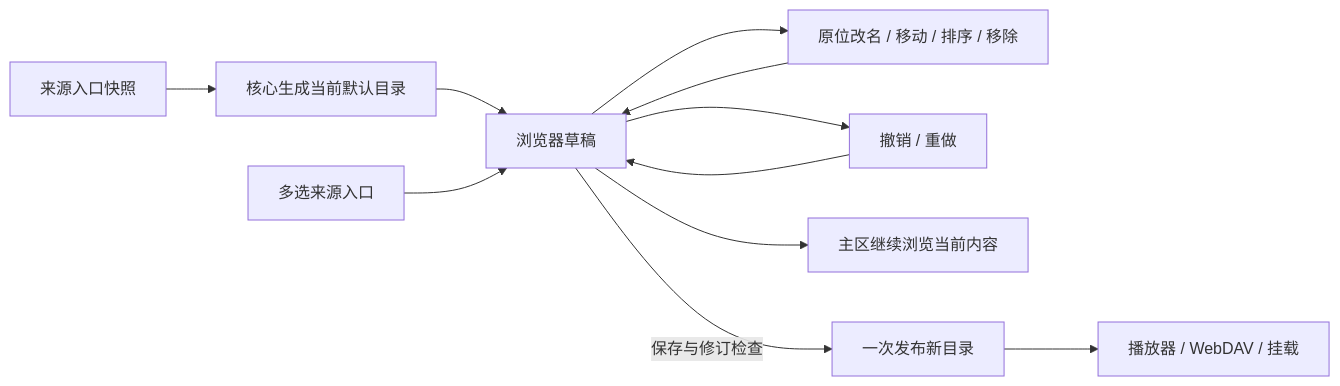
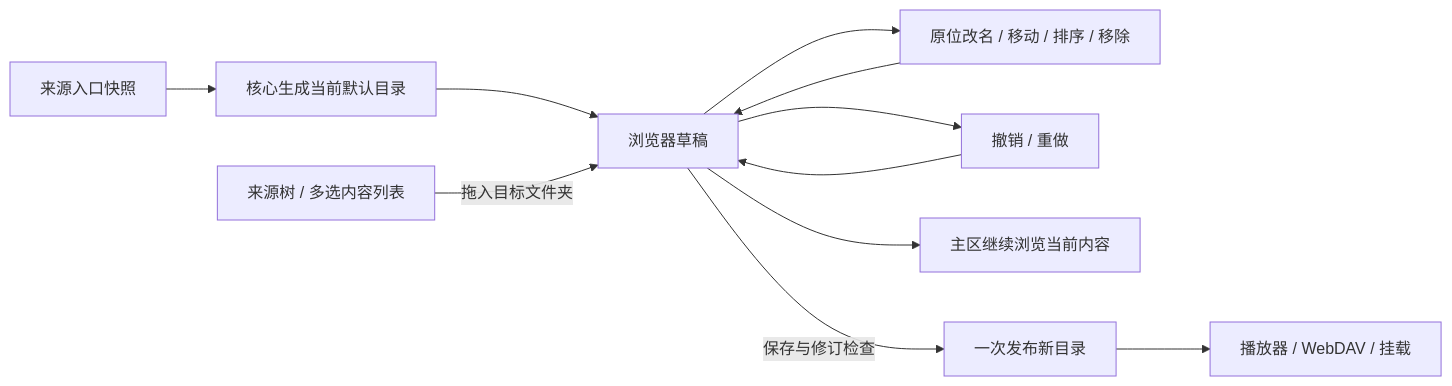
One commit to shengyusi-SYS/musicfs changed the second of 2 diagrams in docs/architecture/web-ui.md. Above: the diagram before and after it, drawn with Mermaid. The commit also changed other lines of this file and 10 other files, not shown here.

````diff
--- a/docs/architecture/web-ui.md
+++ b/docs/architecture/web-ui.md
@@ -67,13 +62,13 @@
 ```mermaid
 flowchart LR
   A[来源入口快照] --> B[核心生成当前默认目录]
   B --> C[浏览器草稿]
-  D[多选来源入口] --> C
+  D[来源树 / 多选内容列表] -->|拖入目标文件夹| C
   C --> E[原位改名 / 移动 / 排序 / 移除]
   E --> C
   C --> F[撤销 / 重做]
   F --> C
   C --> V[主区继续浏览当前内容]
   C -->|保存与修订检查| G[一次发布新目录]
   G --> H[播放器 / WebDAV / 挂载]
 ```
````
